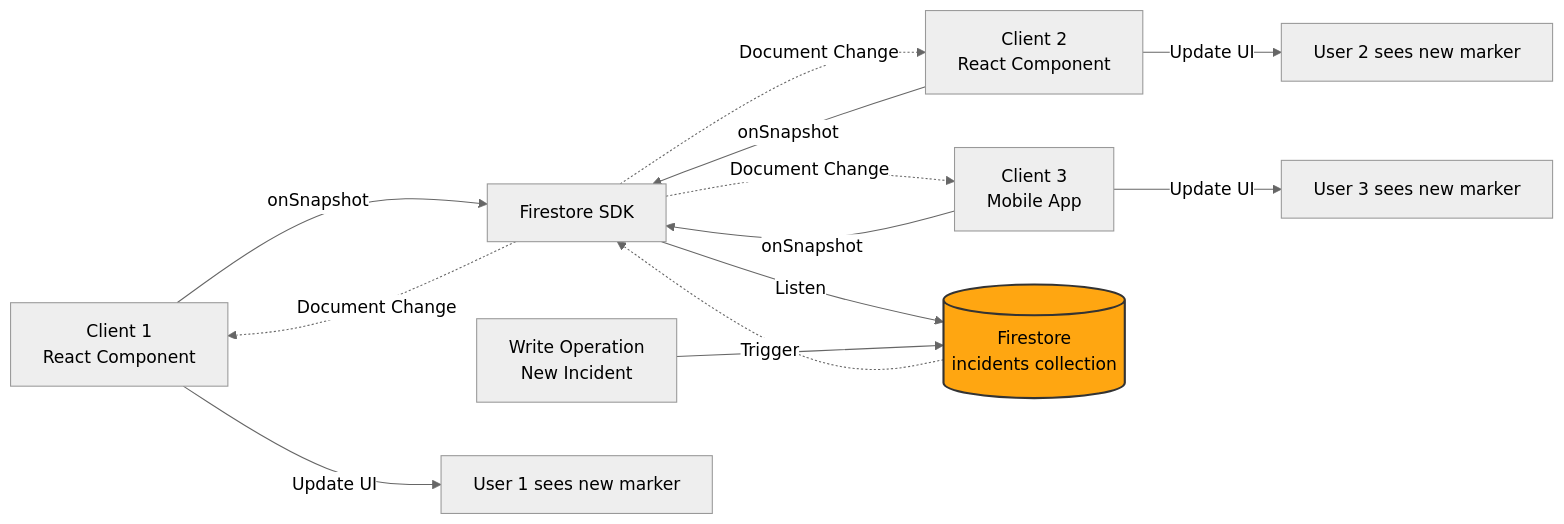
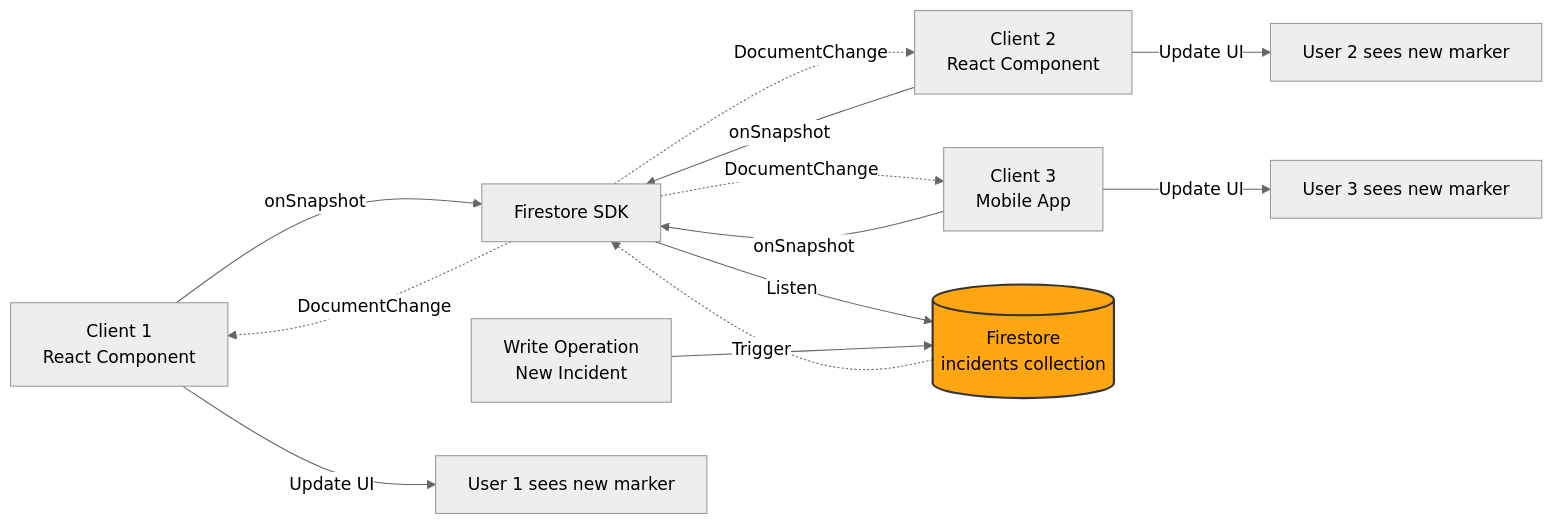
Before and after one commit to nvtank/AI_Assistant_DN: the third of 5 diagrams in docs/diagrams/09-Realtime-Architecture.md, drawn with Mermaid (neutral theme). The commit also changed 2 other files, not shown here.

Commit message:
🐛 Fix Mermaid syntax errors in diagrams
- Fix dot notation in arrow labels (Socket.IO -> WebSocket)
- Fix spaces in arrow labels (Deep Link -> DeepLink, Image URL -> ImageURL, etc.)
- Fix Document Change -> DocumentChange, Raw itinerary -> RawItinerary
- All diagrams should now render correctly on GitHub

````diff
--- a/docs/diagrams/09-Realtime-Architecture.md
+++ b/docs/diagrams/09-Realtime-Architecture.md
@@ -274,21 +274,21 @@
 ```mermaid
 graph LR
     A[Client 1<br/>React Component] -->|onSnapshot| B[Firestore SDK]
     C[Client 2<br/>React Component] -->|onSnapshot| B
     D[Client 3<br/>Mobile App] -->|onSnapshot| B
     
     B -->|Listen| E[(Firestore<br/>incidents collection)]
     
     F[Write Operation<br/>New Incident] --> E
     
     E -.Trigger.-> B
-    B -.Document Change.-> A
-    B -.Document Change.-> C
-    B -.Document Change.-> D
+    B -.DocumentChange.-> A
+    B -.DocumentChange.-> C
+    B -.DocumentChange.-> D
     
     A -->|Update UI| G[User 1 sees new marker]
     C -->|Update UI| H[User 2 sees new marker]
     D -->|Update UI| I[User 3 sees new marker]
 
     style E fill:#FFA611,stroke:#333,stroke-width:2px
 ```
````
